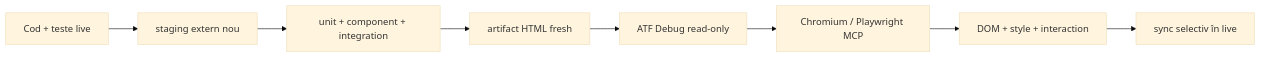
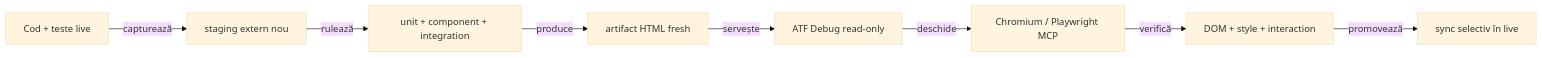
One commit to crististefanita/demo2 changed the eighth of 9 diagrams in docs/ATF_Reporting_Contract.md. Above: the diagram before and after it, drawn with Mermaid (base theme). The commit also changed other lines of this file and 52 other files, not shown here.

````diff
--- a/docs/ATF_Reporting_Contract.md
+++ b/docs/ATF_Reporting_Contract.md
@@ -461,10 +461,10 @@
 ```mermaid
 flowchart LR
-    Live[Cod + teste live] --> Stage[staging extern nou]
-    Stage --> Build[unit + component + integration]
-    Build --> Artifact[artifact HTML fresh]
-    Artifact --> Debug[ATF Debug read-only]
-    Debug --> Browser[Chromium / Playwright MCP]
-    Browser --> Verdict[DOM + style + interaction]
-    Verdict --> Sync[sync selectiv în live]
+    Live[Cod + teste live] -->|capturează| Stage[staging extern nou]
+    Stage -->|rulează| Build[unit + component + integration]
+    Build -->|produce| Artifact[artifact HTML fresh]
+    Artifact -->|servește| Debug[ATF Debug read-only]
+    Debug -->|deschide| Browser[Chromium / Playwright MCP]
+    Browser -->|verifică| Verdict[DOM + style + interaction]
+    Verdict -->|promovează| Sync[sync selectiv în live]
 ```
````
